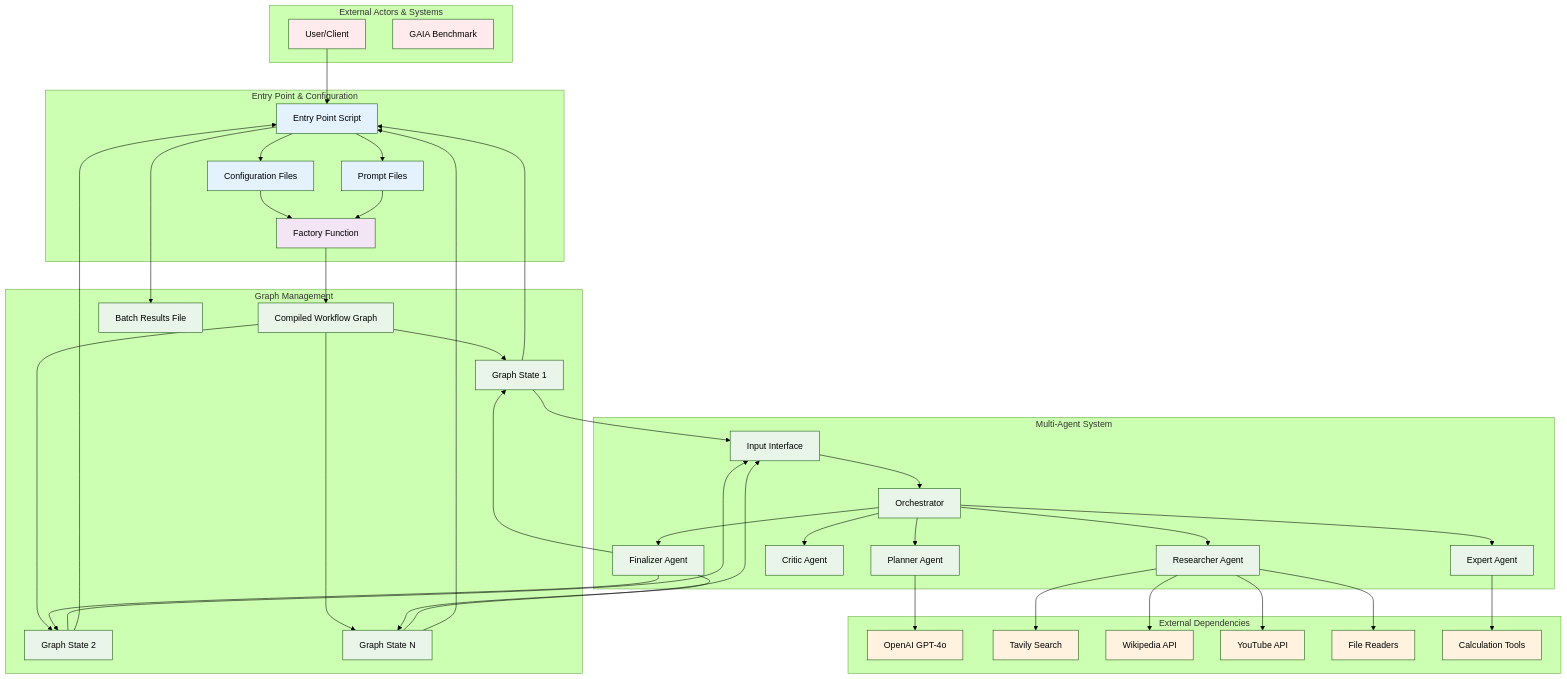
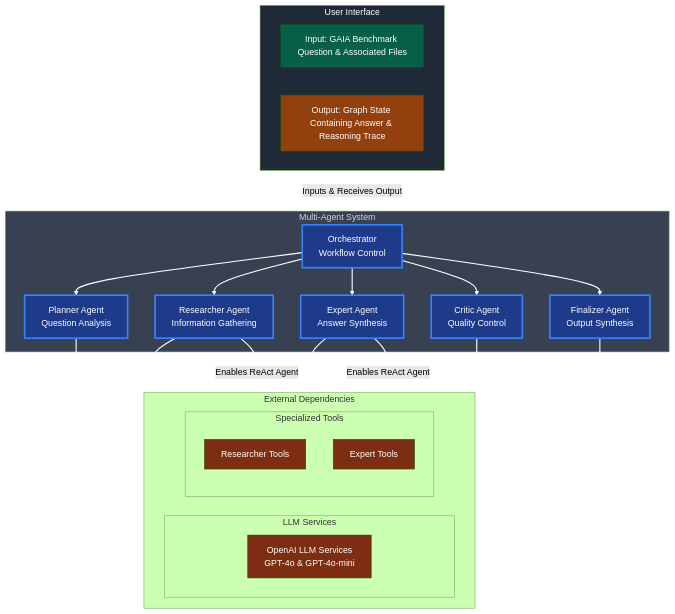
Before and after one commit to jdsham/hf-ai-agents-course: the second of 18 diagrams in docs/src2/ARCHITECTURE.md, drawn with Mermaid (forest theme). The commit also changed other lines of this file, not shown here.

Commit message:
Updates source code architecture document. Refined Section 1 diagrams.

````diff
--- a/docs/src2/ARCHITECTURE.md
+++ b/docs/src2/ARCHITECTURE.md
@@ -165,91 +263,71 @@
 ```mermaid
 graph TB
-    subgraph "External Actors & Systems"
-        User[User/Client]
-        GAIA[GAIA Benchmark]
+    %% Top: User Interface
+    subgraph UserInterface["User Interface"]
+        Input["Input: GAIA Benchmark Question & Associated Files"]
+        Output["Output: Graph State Containing Answer & Reasoning Trace"]
     end
     
-    subgraph "Entry Point & Configuration"
-        EP[Entry Point Script]
-        Config[Configuration Files]
-        Prompts[Prompt Files]
-        Factory[Factory Function]
+    %% Middle: Multi-Agent System
+    subgraph SystemBoundary["Multi-Agent System"]
+        Orchestrator["Orchestrator<br/>Workflow Control"]
+        Planner["Planner Agent<br/>Question Analysis"]
+        Researcher["Researcher Agent<br/>Information Gathering"]
+        Expert["Expert Agent<br/>Answer Synthesis"]
+        Critic["Critic Agent<br/>Quality Control"]
+        Finalizer["Finalizer Agent<br/>Output Synthesis"]
     end
     
-    subgraph "Graph Management"
-        Graph[Compiled Workflow Graph]
-        State1[Graph State 1]
-        State2[Graph State 2]
-        StateN[Graph State N]
-        Output[Batch Results File]
+    %% Bottom: External Dependencies
+    subgraph ExternalDependencies["External Dependencies"]
+        direction LR
+        
+        subgraph LLMServices["LLM Services"]
+            LLM["OpenAI LLM Services<br/>GPT-4o & GPT-4o-mini"]
+        end
+        
+        subgraph SpecializedTools["Specialized Tools"]
+            direction TB
+            ResearcherTools["Researcher Tools"]
+            ExpertTools["Expert Tools"]
+        end
     end
     
-    subgraph "Multi-Agent System"
-        Input[Input Interface]
-        Orchestrator[Orchestrator]
-        Planner[Planner Agent]
-        Researcher[Researcher Agent]
-        Expert[Expert Agent]
-        Critic[Critic Agent]
-        Finalizer[Finalizer Agent]
-    end
+    %% Data Flow
+    UserInterface -->|"Inputs & Receives Output"| SystemBoundary
     
-    subgraph "External Dependencies"
-        LLM[OpenAI GPT-4o]
-        Search[Tavily Search]
-        Wiki[Wikipedia API]
-        YouTube[YouTube API]
-        Files[File Readers]
-        Tools[Calculation Tools]
-    end
-    
-    User --> EP
-    EP --> Config
-    EP --> Prompts
-    Config --> Factory
-    Prompts --> Factory
-    Factory --> Graph
-    
-    Graph --> State1
-    Graph --> State2
-    Graph --> StateN
-    
-    State1 --> Input
-    State2 --> Input
-    StateN --> Input
-    
-    Input --> Orchestrator
+    %% Orchestrator controls agents
     Orchestrator --> Planner
     Orchestrator --> Researcher
     Orchestrator --> Expert
     Orchestrator --> Critic
     Orchestrator --> Finalizer
-    Finalizer --> State1
-    Finalizer --> State2
-    Finalizer --> StateN
     
-    State1 --> EP
-    State2 --> EP
-    StateN --> EP
-    EP --> Output
+    %% Agents pointing TO external dependencies
+    Planner --> LLM
+    Researcher --> LLM
+    Expert --> LLM
+    Critic --> LLM
+    Finalizer --> LLM
     
-    Planner --> LLM
-    Researcher --> Search
-    Researcher --> Wiki
-    Researcher --> YouTube
-    Researcher --> Files
-    Expert --> Tools
+    %% Specialized tool connections
+    Researcher -->|"Enables ReAct Agent"| ResearcherTools
+    Expert -->|"Enables ReAct Agent"| ExpertTools
     
-    classDef external fill:#ffebee
-    classDef entry fill:#e3f2fd
-    classDef factory fill:#f3e5f5
-    classDef system fill:#e8f5e8
-    classDef deps fill:#fff3e0
+    %% Styling
+    classDef boundary fill:#374151,color:#d1d5db
+    classDef system fill:#1e3a8a,color:#ffffff,stroke:#3b82f6,stroke-width:3px
+    classDef services fill:#7c2d12,color:#ffffff
+    classDef interface fill:#1f2937,color:#ffffff
+    classDef input fill:#065f46,color:#ffffff
+    classDef output fill:#92400e,color:#ffffff
     
-    class User,GAIA external
-    class EP,Config,Prompts entry
-    class Factory factory
-    class Graph,State1,State2,StateN,Output system
-    class Input,Orchestrator,Planner,Researcher,Expert,Critic,Finalizer system
-    class LLM,Search,Wiki,YouTube,Files,Tools deps
+    class SystemBoundary boundary
+    class Orchestrator,Planner,Researcher,Expert,Critic,Finalizer system
+    class LLM,ResearcherTools,ExpertTools services
+    class UserInterface interface
+    class Input input
+    class Output output
+    
+    linkStyle default stroke:#ffffff,stroke-width:2px
 ```
````
